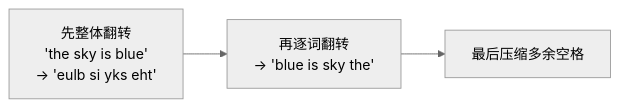
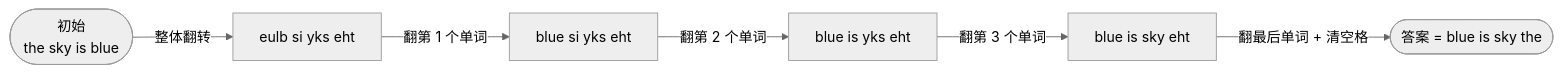
One commit to OctalZero/hot100-py changed the second of 2 diagrams in 19-大厂加餐/腾讯加餐/0151-翻转字符串里的单词.md. Above: the diagram before and after it, drawn with Mermaid (neutral theme). The commit also changed other lines of this file and 117 other files, not shown here.

First line of the commit message:
feat: 全题解配图升级为「动画式 mermaid」（总览骨架 + 横向时间线逐步推演）

````diff
--- a/19-大厂加餐/腾讯加餐/0151-翻转字符串里的单词.md
+++ b/19-大厂加餐/腾讯加餐/0151-翻转字符串里的单词.md
@@ -33,5 +47,8 @@
 ```mermaid
 flowchart LR
-    A["先整体翻转<br/>'the sky is blue'<br/>→ 'eulb si yks eht'"] --> B["再逐词翻转<br/>→ 'blue is sky the'"]
-    B --> C["最后压缩多余空格"]
+    S0(["初始<br/>the sky is blue"]) -->|"整体翻转"| S1["eulb si yks eht"]
+    S1 -->|"翻第 1 个单词"| S2["blue si yks eht"]
+    S2 -->|"翻第 2 个单词"| S3["blue is yks eht"]
+    S3 -->|"翻第 3 个单词"| S4["blue is sky eht"]
+    S4 -->|"翻最后单词 + 清空格"| Ans(["答案 = blue is sky the"])
 ```
````
